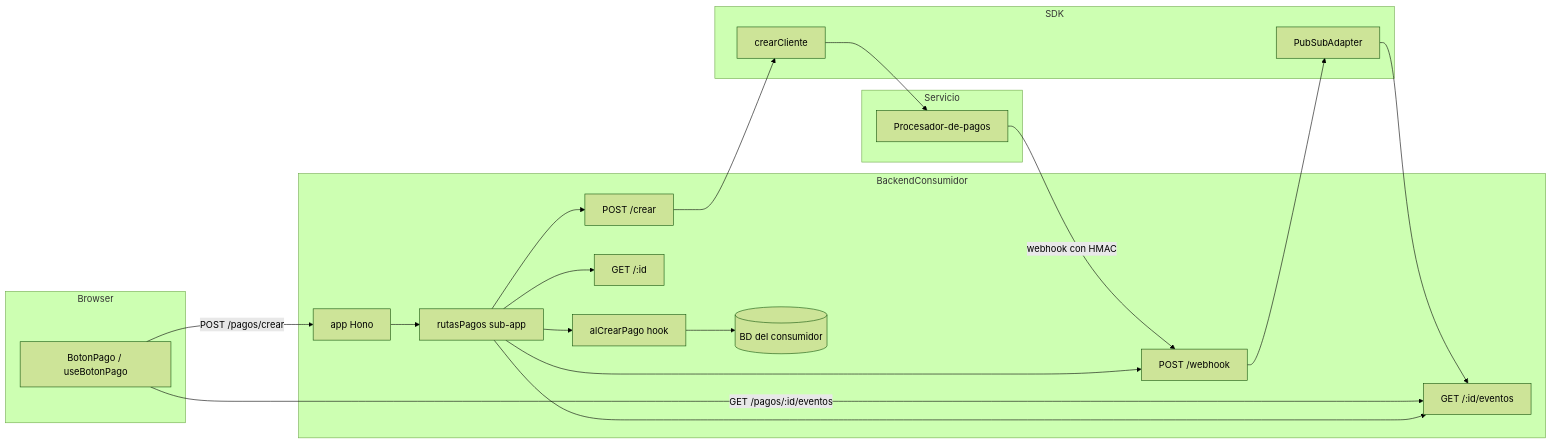
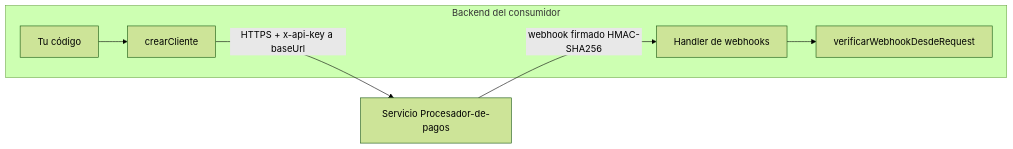
The first of 3 diagrams in docs/architecture.md (eva-solutions-org/procesador-pagos-sdk), drawn with Mermaid (forest theme) before and after one commit. The commit also changed other lines of this file and 8 other files, not shown here.

Commit message:
docs: rewrite docs for runtime baseUrl and public release

````diff
--- a/docs/architecture.md
+++ b/docs/architecture.md
@@ -9,29 +5,9 @@
 ```mermaid
 flowchart LR
-  subgraph Browser
-    BP[BotonPago / useBotonPago]
+  subgraph BackendConsumidor[Backend del consumidor]
+    App[Tu código] --> Cliente[crearCliente]
+    Handler[Handler de webhooks] --> Verificar[verificarWebhookDesdeRequest]
   end
-  subgraph BackendConsumidor
-    Hono[app Hono] --> Rutas[rutasPagos sub-app]
-    Rutas --> Crear[POST /crear]
-    Rutas --> Webhook[POST /webhook]
-    Rutas --> Consultar[GET /:id]
-    Rutas --> Eventos[GET /:id/eventos]
-    Rutas --> AlCrearPago[alCrearPago hook]
-    AlCrearPago --> DB[(BD del consumidor)]
-  end
-  subgraph SDK
-    Cliente[crearCliente]
-    PubSub[PubSubAdapter]
-  end
-  subgraph Servicio
-    Procesador[Procesador-de-pagos]
-  end
-  BP -->|POST /pagos/crear| Hono
-  BP -->|GET /pagos/:id/eventos| Eventos
-  Crear --> Cliente
-  Cliente --> Procesador
-  Procesador -->|webhook con HMAC| Webhook
-  Webhook --> PubSub
-  PubSub --> Eventos
+  Cliente -->|HTTPS + x-api-key a baseUrl| Procesador[Servicio Procesador-de-pagos]
+  Procesador -->|webhook firmado HMAC-SHA256| Handler
 ```
````
